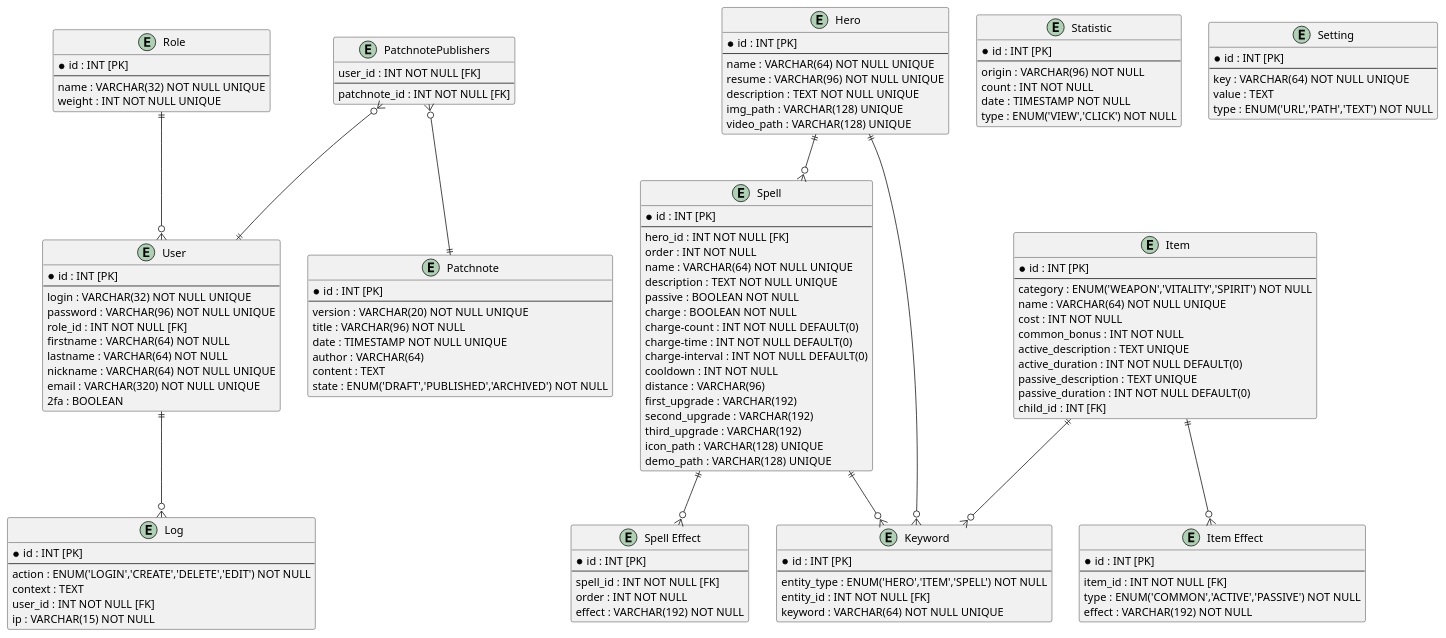
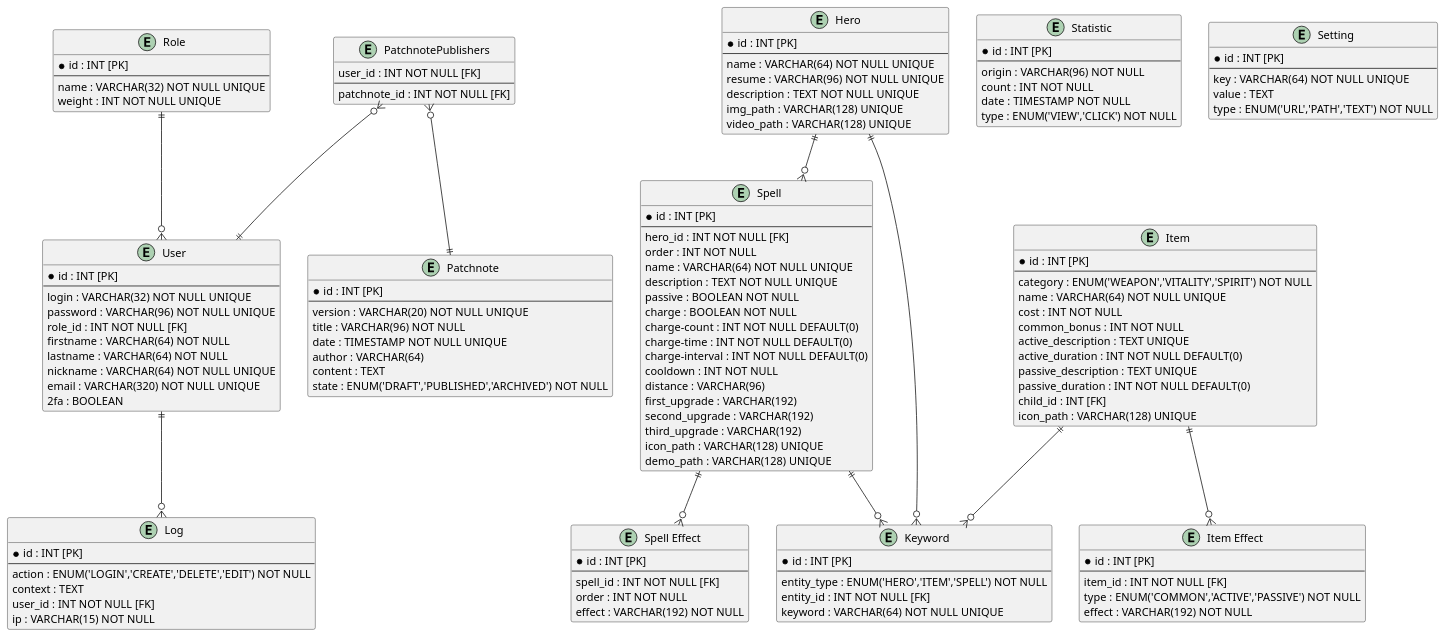
Before and after one commit to Neyticom/Deadlock-France-webapp-front: the diagram in docs/concept/ERD.puml, drawn with PlantUML.

Commit message:
docs: missing icon path in ERD for Items

```diff
--- a/docs/concept/ERD.puml
+++ b/docs/concept/ERD.puml
@@ -1,144 +1,145 @@
 @startuml
 entity "User" as user {
   * id : INT [PK]
   --
   login : VARCHAR(32) NOT NULL UNIQUE
   password : VARCHAR(96) NOT NULL UNIQUE
   role_id : INT NOT NULL [FK]
   firstname : VARCHAR(64) NOT NULL
   lastname : VARCHAR(64) NOT NULL
   nickname : VARCHAR(64) NOT NULL UNIQUE
   email : VARCHAR(320) NOT NULL UNIQUE  
   2fa : BOOLEAN
 }
 
 entity "Role" as role {
   * id : INT [PK]
   --
   name : VARCHAR(32) NOT NULL UNIQUE
   weight : INT NOT NULL UNIQUE
 }
 
 entity "Patchnote" as patchnote {
   * id : INT [PK]
   --
   version : VARCHAR(20) NOT NULL UNIQUE
   title : VARCHAR(96) NOT NULL
   date : TIMESTAMP NOT NULL UNIQUE
   author : VARCHAR(64)
   content : TEXT
   state : ENUM('DRAFT','PUBLISHED','ARCHIVED') NOT NULL
 }
 
 entity "Hero" as hero {
   * id : INT [PK]
   --
   name : VARCHAR(64) NOT NULL UNIQUE
   resume : VARCHAR(96) NOT NULL UNIQUE
   description : TEXT NOT NULL UNIQUE
   img_path : VARCHAR(128) UNIQUE
   video_path : VARCHAR(128) UNIQUE
 }
 
 entity "Item" as item {
   * id : INT [PK]
   --
   category : ENUM('WEAPON','VITALITY','SPIRIT') NOT NULL
   name : VARCHAR(64) NOT NULL UNIQUE
   cost : INT NOT NULL
   common_bonus : INT NOT NULL
   active_description : TEXT UNIQUE
   active_duration : INT NOT NULL DEFAULT(0)
   passive_description : TEXT UNIQUE
   passive_duration : INT NOT NULL DEFAULT(0)
   child_id : INT [FK]
+  icon_path : VARCHAR(128) UNIQUE
 }
 
 entity "Item Effect" as item_effect {
   * id : INT [PK]
   --
   item_id : INT NOT NULL [FK]
   type : ENUM('COMMON','ACTIVE','PASSIVE') NOT NULL
   effect : VARCHAR(192) NOT NULL
 }
 
 entity "Spell" as spell {
   * id : INT [PK]
   --
   hero_id : INT NOT NULL [FK]
   order : INT NOT NULL
   name : VARCHAR(64) NOT NULL UNIQUE
   description : TEXT NOT NULL UNIQUE
   passive : BOOLEAN NOT NULL
   charge : BOOLEAN NOT NULL
   charge-count : INT NOT NULL DEFAULT(0)
   charge-time : INT NOT NULL DEFAULT(0)
   charge-interval : INT NOT NULL DEFAULT(0)
   cooldown : INT NOT NULL
   distance : VARCHAR(96)
   first_upgrade : VARCHAR(192)
   second_upgrade : VARCHAR(192)
   third_upgrade : VARCHAR(192)
   icon_path : VARCHAR(128) UNIQUE
   demo_path : VARCHAR(128) UNIQUE
 }
 
 entity "Spell Effect" as spell_effect {
   * id : INT [PK]
   --
   spell_id : INT NOT NULL [FK]
   order : INT NOT NULL
   effect : VARCHAR(192) NOT NULL
 }
 
 entity "Keyword" as keyword {
   * id : INT [PK]
   --
   entity_type : ENUM('HERO','ITEM','SPELL') NOT NULL
   entity_id : INT NOT NULL [FK]
   keyword : VARCHAR(64) NOT NULL UNIQUE
 }
 
 entity "PatchnotePublishers" as patchnote_publishers {
   user_id : INT NOT NULL [FK]
   --
   patchnote_id : INT NOT NULL [FK]
 }
 
 entity "Statistic" as statistic {
   * id : INT [PK]
   --
   origin : VARCHAR(96) NOT NULL
   count : INT NOT NULL
   date : TIMESTAMP NOT NULL
   type : ENUM('VIEW','CLICK') NOT NULL
 }
 
 entity "Setting" as setting {
   * id : INT [PK]
   --
   key : VARCHAR(64) NOT NULL UNIQUE
   value : TEXT
   type : ENUM('URL','PATH','TEXT') NOT NULL
 }
 
 entity "Log" as log {
   * id : INT [PK]
   --
   action : ENUM('LOGIN','CREATE','DELETE','EDIT') NOT NULL
   context : TEXT
   user_id : INT NOT NULL [FK]
   ip : VARCHAR(15) NOT NULL
 }
 
 role ||--o{ user
 user ||--o{ log
 hero ||--o{ spell
 hero ||--o{ keyword
 item ||--o{ keyword
 item ||--o{ item_effect
 spell ||--o{ spell_effect
 spell ||--o{ keyword
 patchnote_publishers }o--|| patchnote
 patchnote_publishers }o--|| user
 @enduml
```
